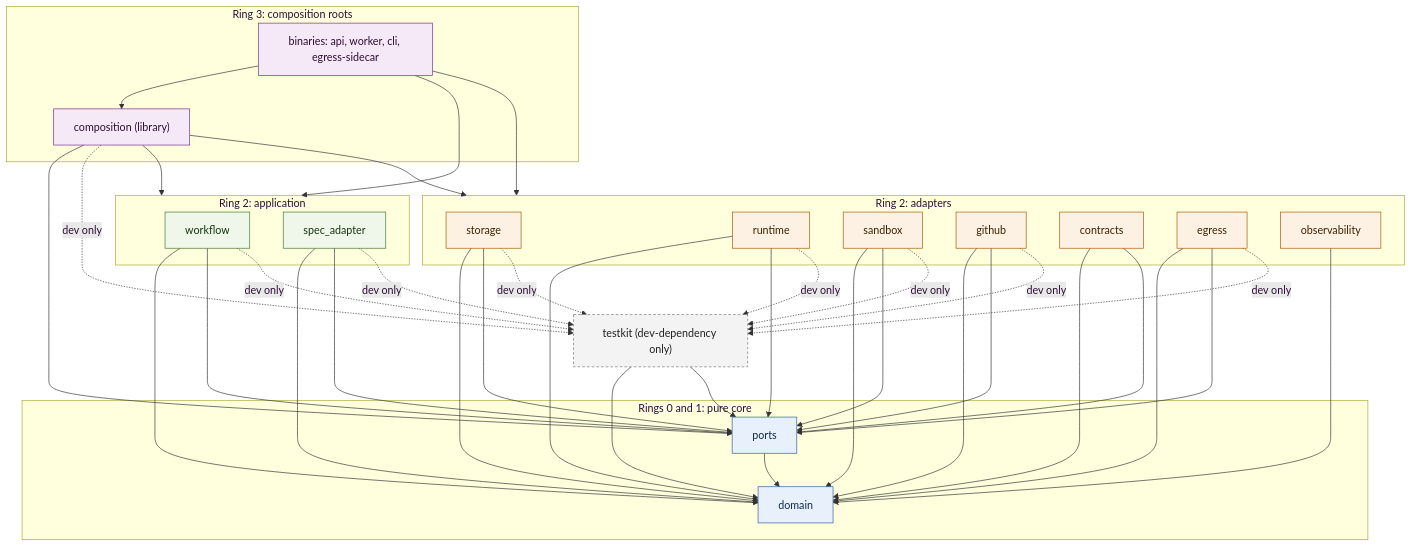
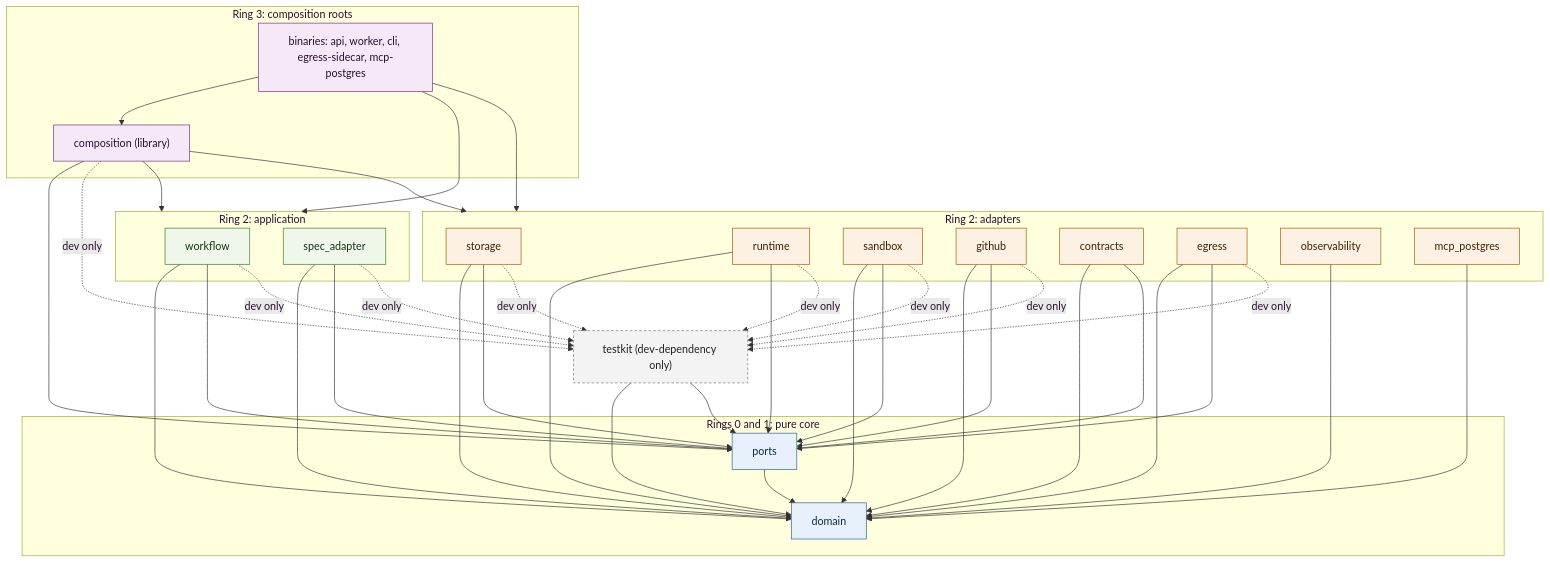
Before and after one commit to ortisun/bibo: the fifth of 6 diagrams in docs/architecture/overview.md, drawn with Mermaid. The commit also changed other lines of this file and 13 other files, not shown here.

````diff
--- a/docs/architecture/overview.md
+++ b/docs/architecture/overview.md
@@ -130,78 +130,81 @@
 ```mermaid
 flowchart TB
   classDef inner fill:#e8f1fb,stroke:#2b5d9b,color:#10294a;
   classDef app fill:#eef7ea,stroke:#3b7a2a,color:#173410;
   classDef adapter fill:#fdf1e3,stroke:#a35a00,color:#3d2200;
   classDef test fill:#f3f3f3,stroke:#777,color:#222,stroke-dasharray: 4 3;
   classDef root fill:#f5e9f7,stroke:#7a2a8a,color:#2d0f33;
   subgraph roots["Ring 3: composition roots"]
-    apps["binaries: api, worker, cli, egress-sidecar"]
+    apps["binaries: api, worker, cli, egress-sidecar, mcp-postgres"]
     composition["composition (library)"]
   end
   subgraph application["Ring 2: application"]
     workflow
     spec_adapter
   end
   subgraph adapters["Ring 2: adapters"]
     storage
     runtime
     sandbox
     github
     contracts
     egress
     observability
+    mcp_postgres
   end
   subgraph inner["Rings 0 and 1: pure core"]
     ports
     domain
   end
   testkit["testkit (dev-dependency only)"]
   apps --> application
   apps --> adapters
   apps --> composition
   composition --> application
   composition --> adapters
   composition --> ports
   ports --> domain
   workflow --> domain
   workflow --> ports
   spec_adapter --> domain
   spec_adapter --> ports
   storage --> domain
   storage --> ports
   runtime --> domain
   runtime --> ports
   sandbox --> domain
   sandbox --> ports
   github --> domain
   github --> ports
   contracts --> domain
   contracts --> ports
   egress --> domain
   egress --> ports
   observability --> domain
+  mcp_postgres --> domain
   testkit --> domain
   testkit --> ports
   workflow -. dev only .-> testkit
   spec_adapter -. dev only .-> testkit
   storage -. dev only .-> testkit
   runtime -. dev only .-> testkit
   sandbox -. dev only .-> testkit
   github -. dev only .-> testkit
   egress -. dev only .-> testkit
   composition -. dev only .-> testkit
   class domain inner;
   class ports inner;
   class workflow app;
   class spec_adapter app;
   class storage adapter;
   class runtime adapter;
   class sandbox adapter;
   class github adapter;
   class contracts adapter;
   class egress adapter;
   class observability adapter;
+  class mcp_postgres adapter;
   class testkit test;
   class apps root;
   class composition root;
 ```
````
